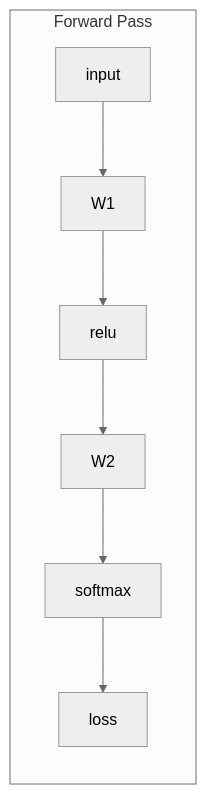
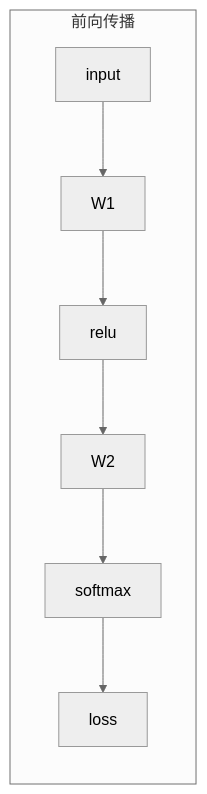
The third of 4 diagrams in phases/01-math-foundations/04-calculus-for-ml/docs/zh.md (omigaZen/ai-engineering-from-scratch), drawn with Mermaid (neutral theme) before and after one commit. The commit also changed other lines of this file, not shown here.

````diff
--- a/phases/01-math-foundations/04-calculus-for-ml/docs/zh.md
+++ b/phases/01-math-foundations/04-calculus-for-ml/docs/zh.md
@@ -377,6 +377,6 @@
 ```mermaid
 graph LR
-    subgraph Forward["Forward Pass"]
+    subgraph Forward["前向传播"]
         I["input"] --> W1["W1"] --> R["relu"] --> W2["W2"] --> S["softmax"] --> L["loss"]
     end
 ```
````
